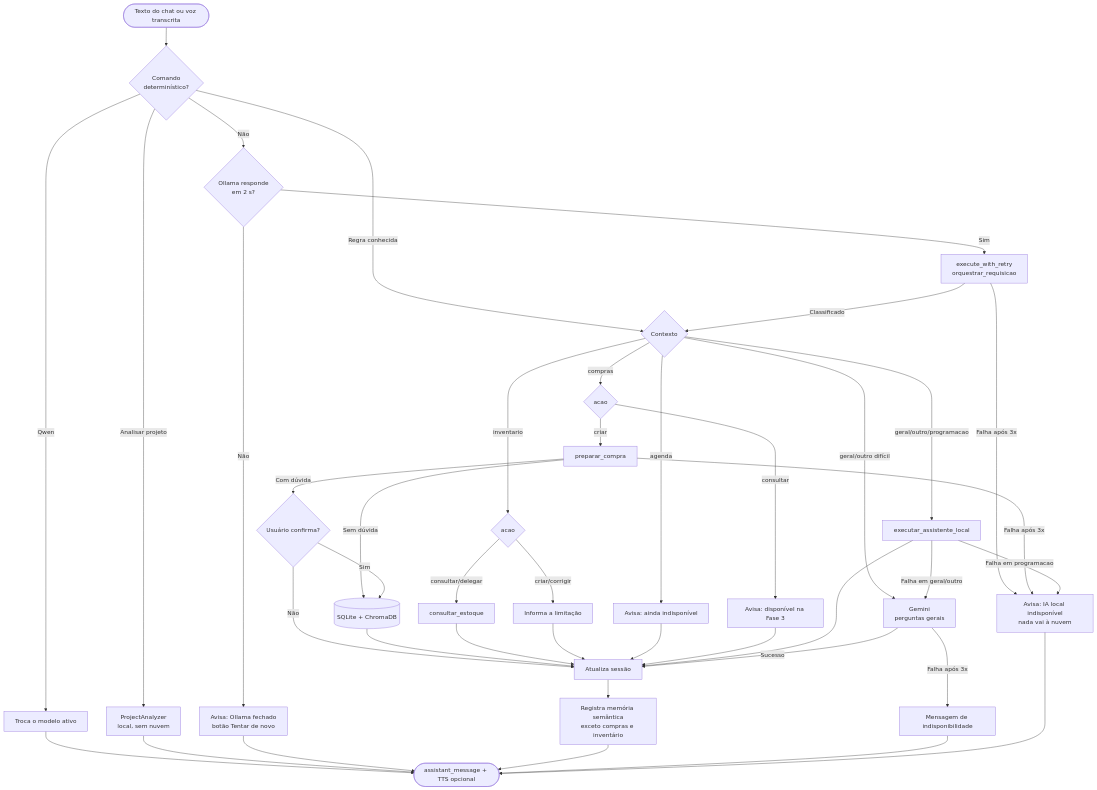
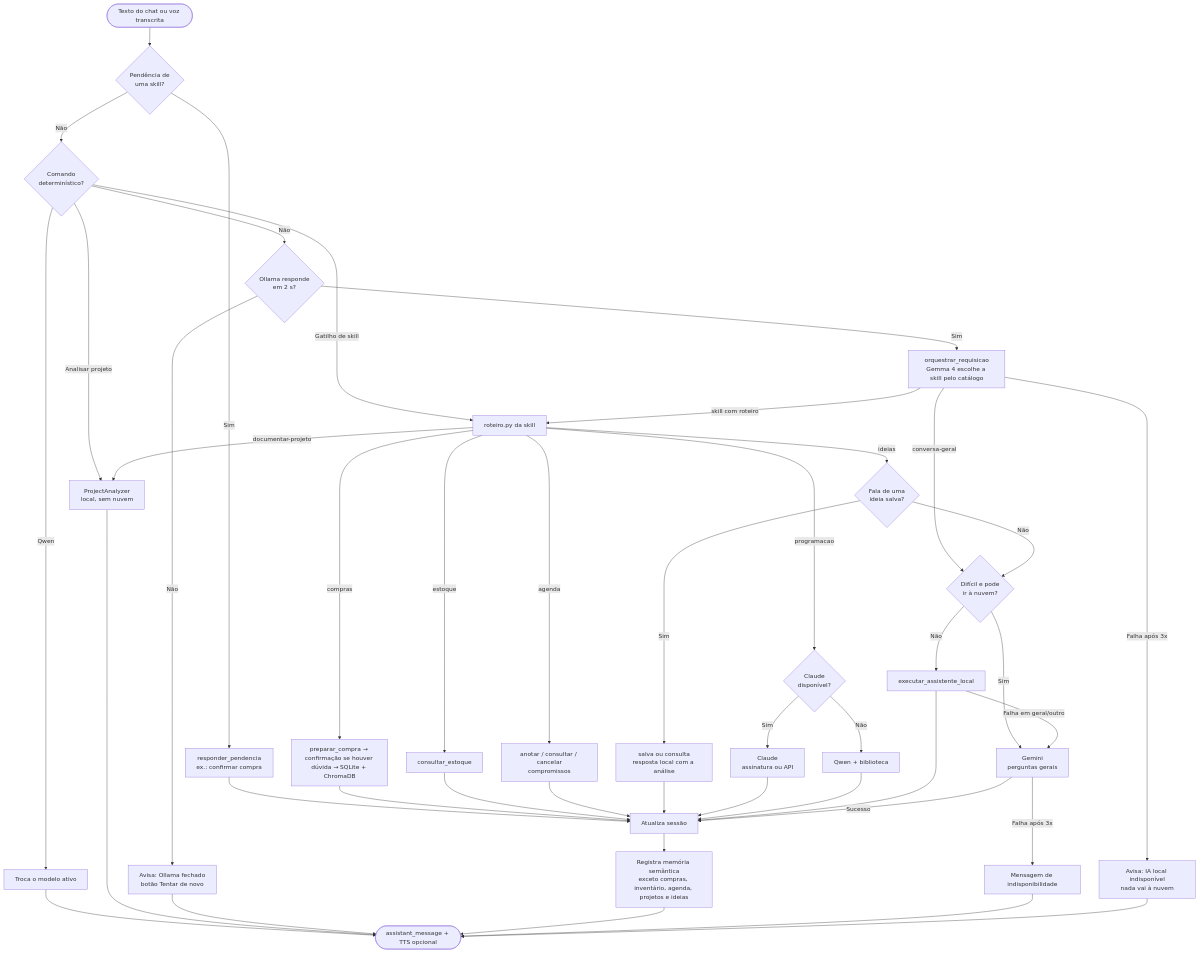
One commit to Felipe-Stu/assistente-domestico changed the second of 6 diagrams in Sobre a Versão/05 - Engenharia do Software.md. Above: the diagram before and after it, drawn with Mermaid. The commit also changed other lines of this file and 7 other files, not shown here.

````diff
--- a/Sobre a Versão/05 - Engenharia do Software.md
+++ b/Sobre a Versão/05 - Engenharia do Software.md
@@ -86,45 +106,48 @@
 ```mermaid
 flowchart TD
-    A([Texto do chat ou voz transcrita]) --> B{Comando<br>determinístico?}
+    A([Texto do chat ou voz transcrita]) --> PEND{Pendência de<br>uma skill?}
+    PEND -- Sim --> RP[responder_pendencia<br>ex.: confirmar compra]
+    RP --> R
+    PEND -- Não --> B{Comando<br>determinístico?}
     B -- Qwen --> C[Troca o modelo ativo]
     C --> FIM
     B -- Analisar projeto --> D[ProjectAnalyzer<br>local, sem nuvem]
     D --> FIM
+    B -- Gatilho de skill --> SK
     B -- Não --> H{Ollama responde<br>em 2 s?}
     H -- Não --> HX[Avisa: Ollama fechado<br>botão Tentar de novo]
     HX --> FIM
-    H -- Sim --> E[execute_with_retry<br>orquestrar_requisicao]
-    B -- Regra conhecida --> J{Contexto}
+    H -- Sim --> E[orquestrar_requisicao<br>Gemma 4 escolhe a skill pelo catálogo]
     E -- Falha após 3x --> X[Avisa: IA local indisponível<br>nada vai à nuvem]
-    E -- Classificado --> J
-    J -- geral/outro difícil --> N[Gemini<br>perguntas gerais]
-    J -- compras --> I{acao}
-    J -- inventario --> K{acao}
-    J -- agenda --> Y[Avisa: ainda indisponível]
-    J -- geral/outro/programacao --> L[executar_assistente_local]
+    E -- conversa-geral --> J{Difícil e pode<br>ir à nuvem?}
+    E -- skill com roteiro --> SK[roteiro.py da skill]
 
-    I -- consultar --> Z[Avisa: disponível na Fase 3]
-    I -- criar --> V[preparar_compra]
-    V -- Falha após 3x --> X
-    V -- Sem dúvida --> M[(SQLite + ChromaDB)]
-    V -- Com dúvida --> W{Usuário confirma?}
-    W -- Sim --> M
-    W -- Não --> R
-    K -- consultar/delegar --> O[consultar_estoque]
-    K -- criar/corrigir --> P[Informa a limitação]
+    SK -- compras --> V[preparar_compra → confirmação se houver dúvida → SQLite + ChromaDB]
+    SK -- estoque --> O[consultar_estoque]
+    SK -- agenda --> AG[anotar / consultar / cancelar<br>compromissos]
+    SK -- ideias --> ID{Fala de uma<br>ideia salva?}
+    ID -- Sim --> IDR[salva ou consulta<br>resposta local com a análise]
+    ID -- Não --> J
+    SK -- programacao --> PC{Claude<br>disponível?}
+    PC -- Sim --> CL[Claude<br>assinatura ou API]
+    PC -- Não --> QW[Qwen + biblioteca]
+    SK -- documentar-projeto --> D
+
+    J -- Sim --> N[Gemini<br>perguntas gerais]
+    J -- Não --> L[executar_assistente_local]
     L -- Falha em geral/outro --> N
-    L -- Falha em programacao --> X
+    N -- Falha após 3x --> Q[Mensagem de indisponibilidade]
 
-    N -- Falha após 3x --> Q[Mensagem de indisponibilidade]
-    M --> R[Atualiza sessão]
+    V --> R[Atualiza sessão]
     O --> R
-    P --> R
-    Y --> R
-    Z --> R
+    AG --> R
+    IDR --> R
+    CL --> R
+    QW --> R
     L --> R
     N -- Sucesso --> R
-    R --> S[Registra memória semântica<br>exceto compras e inventário]
+    R --> S[Registra memória semântica<br>exceto compras, inventário, agenda, projetos e ideias]
     S --> FIM([assistant_message + TTS opcional])
     Q --> FIM
     X --> FIM
 ```
````
